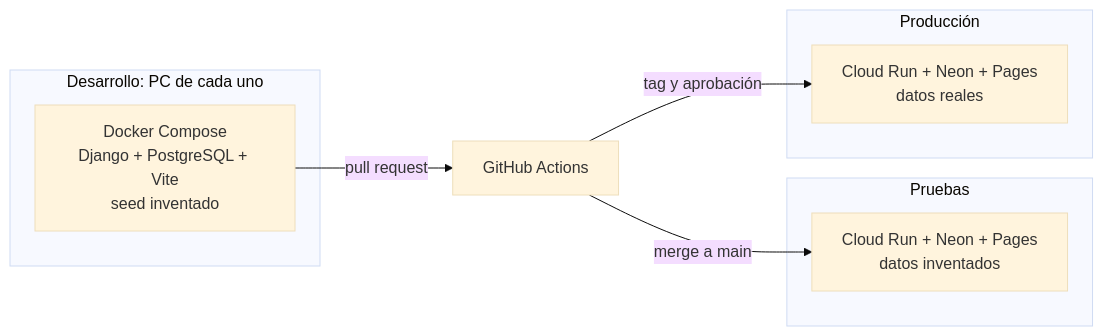
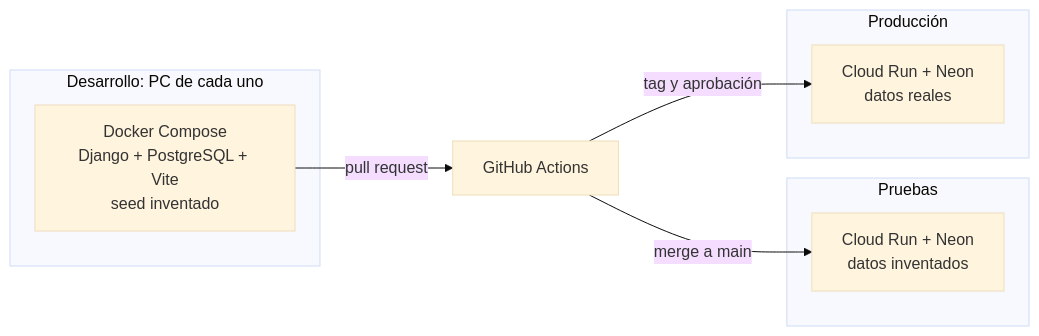
One commit to aleharo2003/floky-cuadernos changed the fifth of 5 diagrams in docs/diagramas/01-arquitectura.md. Above: the diagram before and after it, drawn with Mermaid (base theme). The commit also changed other lines of this file and 23 other files, not shown here.

````diff
--- a/docs/diagramas/01-arquitectura.md
+++ b/docs/diagramas/01-arquitectura.md
@@ -134,16 +132,16 @@
 ```mermaid
 flowchart LR
     subgraph Dev["Desarrollo: PC de cada uno"]
         DC["Docker Compose<br/>Django + PostgreSQL + Vite<br/>seed inventado"]
     end
     subgraph Pru["Pruebas"]
-        PN["Cloud Run + Neon + Pages<br/>datos inventados"]
+        PN["Cloud Run + Neon<br/>datos inventados"]
     end
     subgraph Prod["Producción"]
-        RN["Cloud Run + Neon + Pages<br/>datos reales"]
+        RN["Cloud Run + Neon<br/>datos reales"]
     end
     GH["GitHub Actions"]
     DC -->|"pull request"| GH
     GH -->|"merge a main"| PN
     GH -->|"tag y aprobación"| RN
 ```
````
